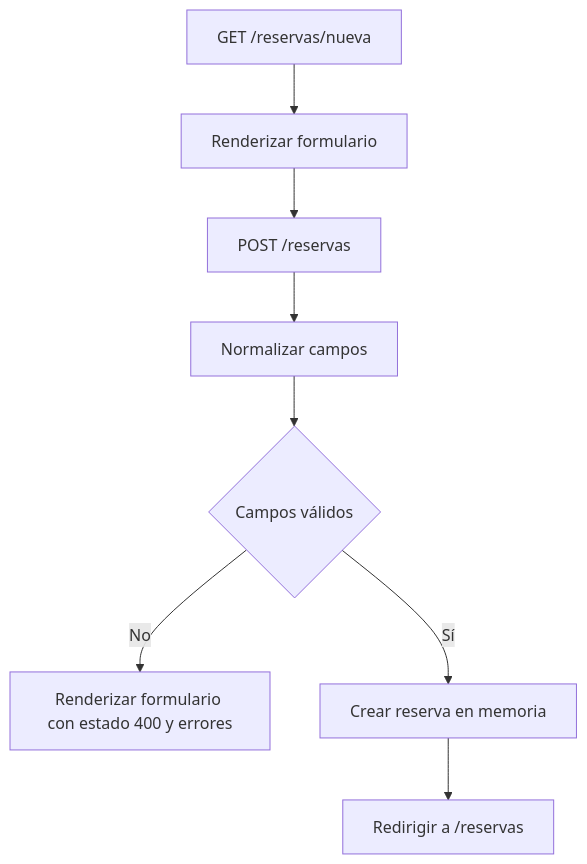
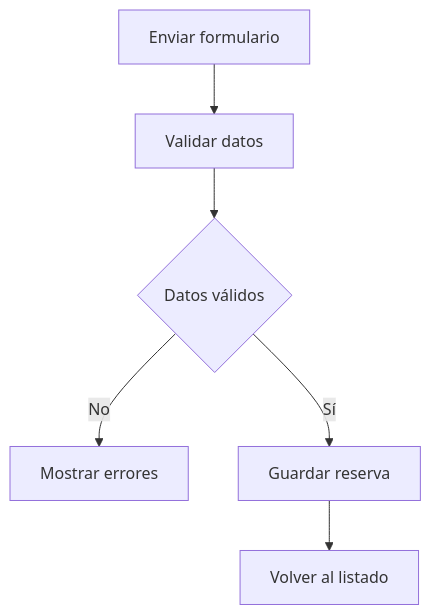
One commit to canayorui/NODOtp5-Pipeline-de-middleware-en-Express changed the second of 2 diagrams in README.md. Above: the diagram before and after it, drawn with Mermaid. The commit also changed other lines of this file, not shown here.

````diff
--- a/README.md
+++ b/README.md
@@ -67,10 +58,8 @@
 ```mermaid
 flowchart TD
-    A[GET /reservas/nueva] --> B[Renderizar formulario]
-    B --> C[POST /reservas]
-    C --> D[Normalizar campos]
-    D --> E{Campos válidos}
-    E -->|No| F[Renderizar formulario con estado 400 y errores]
-    E -->|Sí| G[Crear reserva en memoria]
-    G --> H[Redirigir a /reservas]
+    A[Enviar formulario] --> B[Validar datos]
+    B --> C{Datos válidos}
+    C -->|No| D[Mostrar errores]
+    C -->|Sí| E[Guardar reserva]
+    E --> F[Volver al listado]
 ```
````
